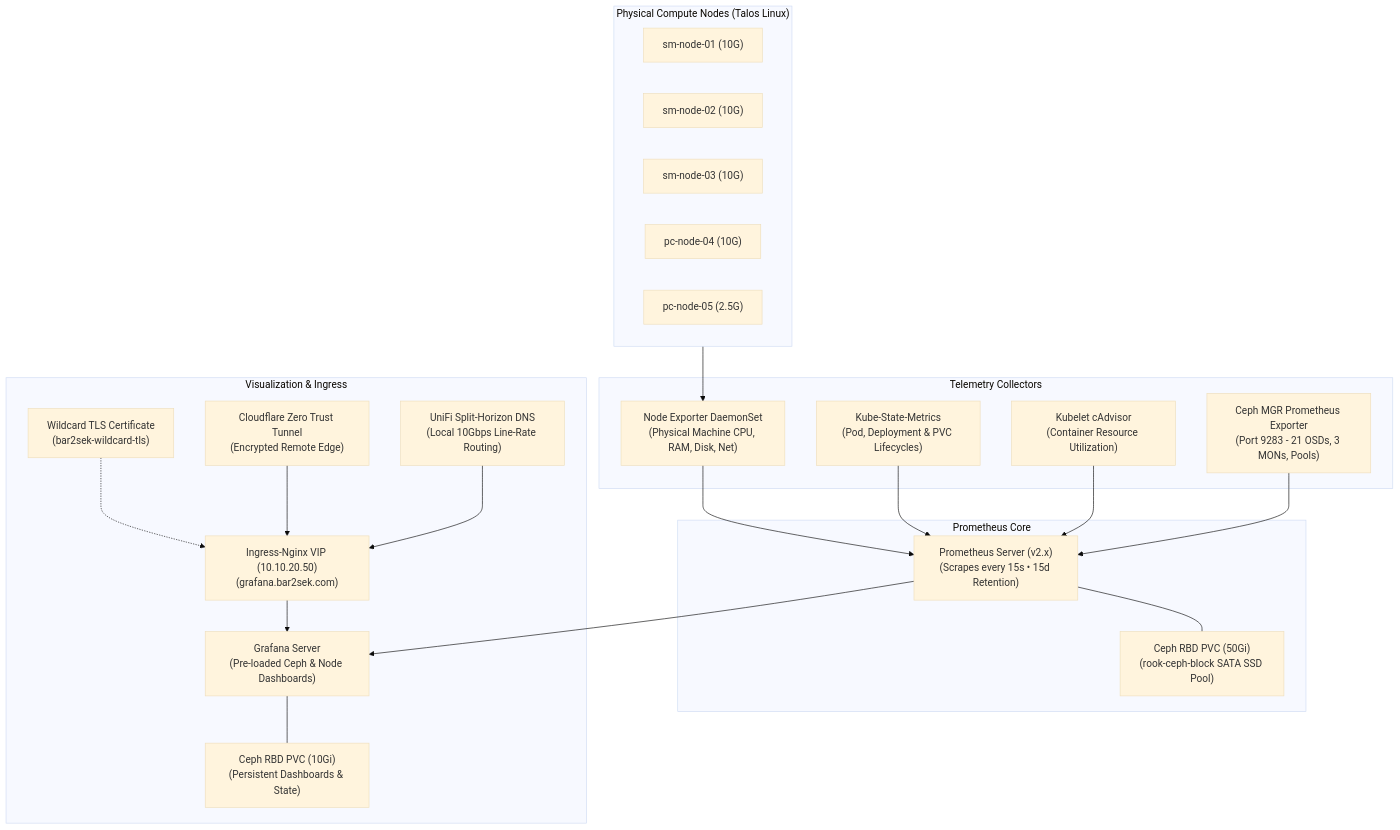
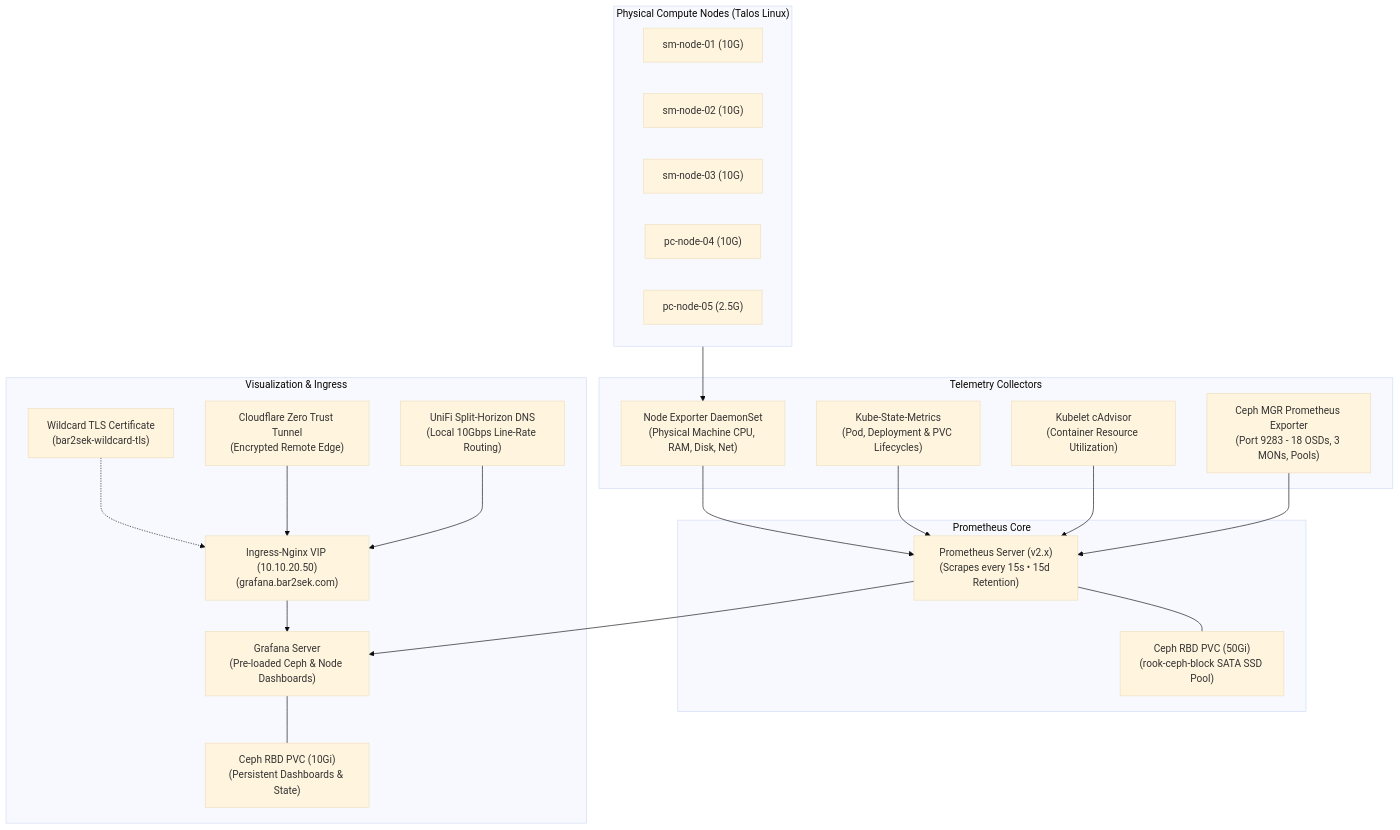
The first of 2 diagrams in docs/106-observability-prometheus-grafana.md (bar2sek/personal-technology), drawn with Mermaid (base theme) before and after one commit. The commit also changed other lines of this file and 27 other files, not shown here.

````diff
--- a/docs/106-observability-prometheus-grafana.md
+++ b/docs/106-observability-prometheus-grafana.md
@@ -26,45 +26,45 @@
 ```mermaid
 graph TD
     subgraph HARDWARE["Physical Compute Nodes (Talos Linux)"]
         N1["sm-node-01 (10G)"]
         N2["sm-node-02 (10G)"]
         N3["sm-node-03 (10G)"]
         N4["pc-node-04 (10G)"]
         N5["pc-node-05 (2.5G)"]
     end
 
     subgraph COLLECTORS["Telemetry Collectors"]
         NE["Node Exporter DaemonSet<br/>(Physical Machine CPU, RAM, Disk, Net)"]
         KSM["Kube-State-Metrics<br/>(Pod, Deployment & PVC Lifecycles)"]
         KUBELET["Kubelet cAdvisor<br/>(Container Resource Utilization)"]
-        CEPH_MGR["Ceph MGR Prometheus Exporter<br/>(Port 9283 - 21 OSDs, 3 MONs, Pools)"]
+        CEPH_MGR["Ceph MGR Prometheus Exporter<br/>(Port 9283 - 18 OSDs, 3 MONs, Pools)"]
     end
 
     subgraph PROMETHEUS["Prometheus Core"]
         PROM["Prometheus Server (v2.x)<br/>(Scrapes every 15s • 15d Retention)"]
         PVC_PROM["Ceph RBD PVC (50Gi)<br/>(rook-ceph-block SATA SSD Pool)"]
         PROM --- PVC_PROM
     end
 
     subgraph PRESENTATION["Visualization & Ingress"]
         GRAF["Grafana Server<br/>(Pre-loaded Ceph & Node Dashboards)"]
         PVC_GRAF["Ceph RBD PVC (10Gi)<br/>(Persistent Dashboards & State)"]
         INGRESS["Ingress-Nginx VIP (10.10.20.50)<br/>(grafana.bar2sek.com)"]
         TLS["Wildcard TLS Certificate<br/>(bar2sek-wildcard-tls)"]
         CF["Cloudflare Zero Trust Tunnel<br/>(Encrypted Remote Edge)"]
         UDM["UniFi Split-Horizon DNS<br/>(Local 10Gbps Line-Rate Routing)"]
         
         GRAF --- PVC_GRAF
         INGRESS --> GRAF
         TLS -.-> INGRESS
         CF --> INGRESS
         UDM --> INGRESS
     end
 
     HARDWARE --> NE
     NE --> PROM
     KSM --> PROM
     KUBELET --> PROM
     CEPH_MGR --> PROM
     PROM --> GRAF
 ```
````
